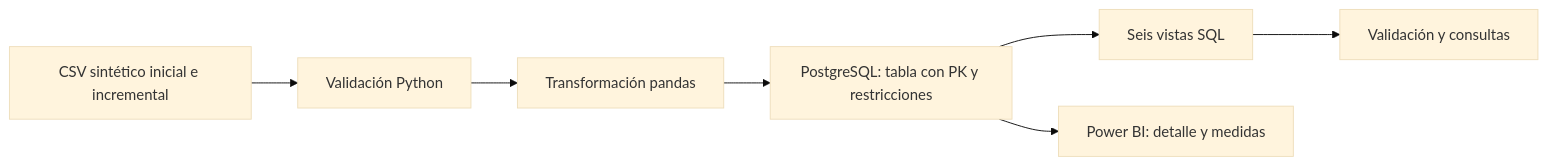
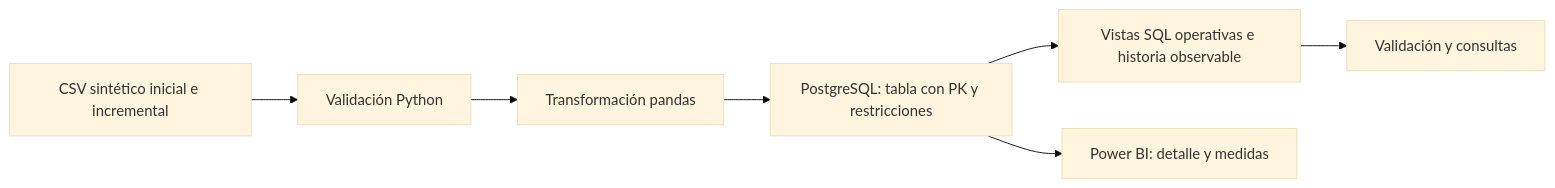
The diagram in docs/architecture.md (SouthClvbDev/portability-data-pipeline), drawn with Mermaid (base theme) before and after one commit. The commit also changed other lines of this file and 27 other files, not shown here.

Commit message:
Agrega historia observable y recorrido progresivo al portfolio

````diff
--- a/docs/architecture.md
+++ b/docs/architecture.md
@@ -5,9 +5,9 @@
 ```mermaid
 flowchart LR
     A[CSV sintético inicial e incremental] --> B[Validación Python]
     B --> C[Transformación pandas]
     C --> D[PostgreSQL: tabla con PK y restricciones]
-    D --> E[Seis vistas SQL]
+    D --> E[Vistas SQL operativas e historia observable]
     D --> F[Power BI: detalle y medidas]
     E --> G[Validación y consultas]
 ```
````
